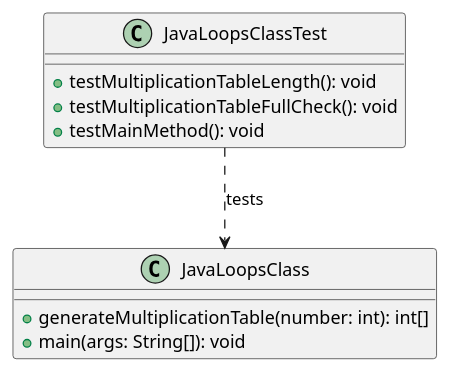
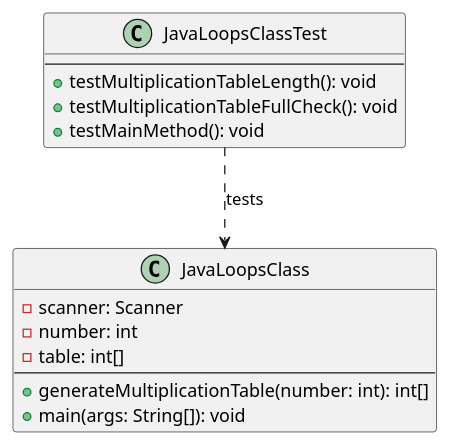
Before and after one commit to Grigory-Vladimiro/java_loops: the diagram in java_loops/target/classes/dev/grigory/JavaLoopsClass.puml, drawn with PlantUML.

Commit message:
puml_update

```diff
--- a/java_loops/target/classes/dev/grigory/JavaLoopsClass.puml
+++ b/java_loops/target/classes/dev/grigory/JavaLoopsClass.puml
@@ -1,15 +1,20 @@
-@startuml java_loops_class_diagram
+@startuml
 class JavaLoopsClass {
+    - scanner: Scanner
+    - number: int
+    - table: int[]
+    --
     + generateMultiplicationTable(number: int): int[]
     + main(args: String[]): void
 }
 
 class JavaLoopsClassTest {
+    --
     + testMultiplicationTableLength(): void
     + testMultiplicationTableFullCheck(): void
     + testMainMethod(): void
 }
 
 JavaLoopsClassTest ..> JavaLoopsClass : tests
 
 @enduml
```
